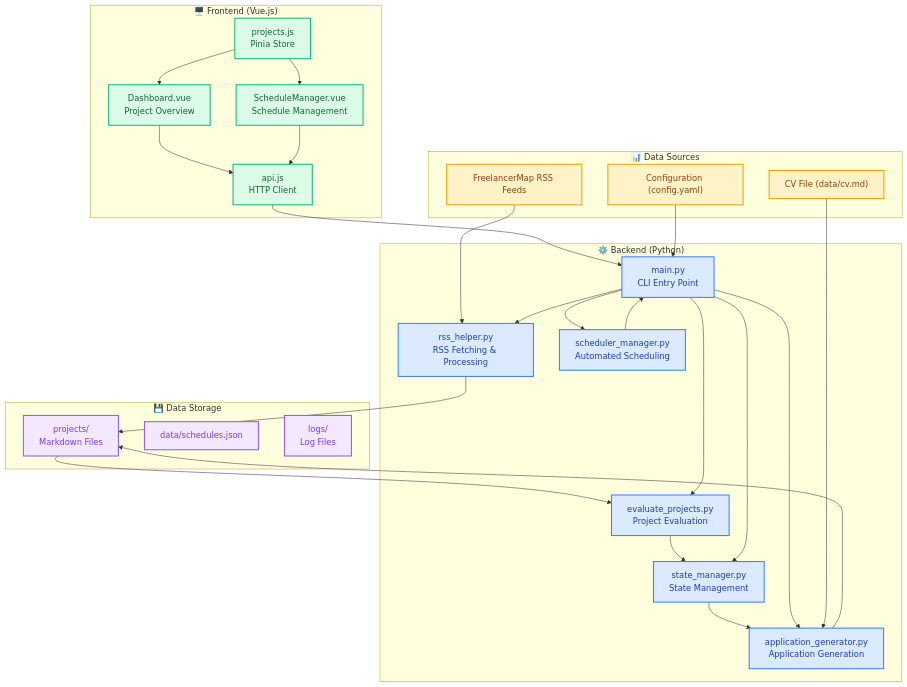
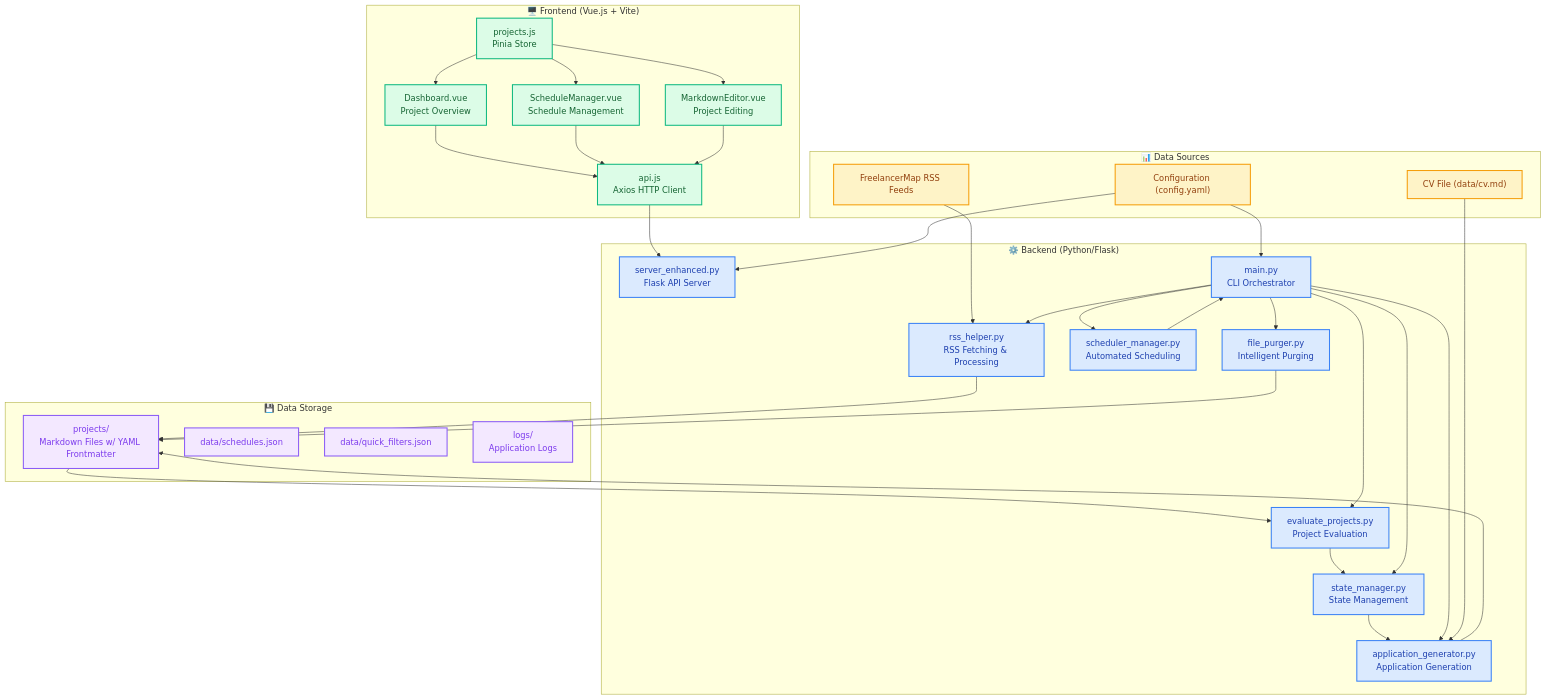
The first of 6 diagrams in architecture.md (andreaswittmann/project-bot), drawn with Mermaid before and after one commit. The commit also changed other lines of this file and 1 other file, not shown here.

Commit message:
Update documentation: fix Mermaid Component Diagram parsing error, correct project structure for Vue.js frontend and Flask backend, remove undocumented export feature, enhance installation/usage instructions

````diff
--- a/architecture.md
+++ b/architecture.md
@@ -5,65 +5,74 @@
 ```mermaid
 graph TB
     %% Define styles
     classDef dataSource fill:#fef3c7,stroke:#f59e0b,stroke-width:2px,color:#92400e
     classDef backend fill:#dbeafe,stroke:#3b82f6,stroke-width:2px,color:#1e40af
     classDef frontend fill:#dcfce7,stroke:#10b981,stroke-width:2px,color:#166534
     classDef storage fill:#f3e8ff,stroke:#8b5cf6,stroke-width:2px,color:#7c3aed
     classDef main fill:#fee2e2,stroke:#ef4444,stroke-width:3px,color:#dc2626
 
     subgraph "📊 Data Sources"
         RSS[FreelancerMap RSS Feeds]
         CV["CV File (data/cv.md)"]
         Config["Configuration (config.yaml)"]
     end
 
-    subgraph "⚙️ Backend (Python)"
-        Main[main.py<br/>CLI Entry Point]
+    subgraph "⚙️ Backend (Python/Flask)"
+        Server[server_enhanced.py<br/>Flask API Server]
+        Main[main.py<br/>CLI Orchestrator]
         RSSHelper[rss_helper.py<br/>RSS Fetching & Processing]
         Evaluator[evaluate_projects.py<br/>Project Evaluation]
         Generator[application_generator.py<br/>Application Generation]
         StateMgr[state_manager.py<br/>State Management]
         Scheduler[scheduler_manager.py<br/>Automated Scheduling]
+        Purger[file_purger.py<br/>Intelligent Purging]
     end
 
-    subgraph "🖥️ Frontend (Vue.js)"
+    subgraph "🖥️ Frontend (Vue.js + Vite)"
         Dashboard[Dashboard.vue<br/>Project Overview]
         ScheduleMgr[ScheduleManager.vue<br/>Schedule Management]
+        MarkdownEditor[MarkdownEditor.vue<br/>Project Editing]
         Store[projects.js<br/>Pinia Store]
-        API[api.js<br/>HTTP Client]
+        API[api.js<br/>Axios HTTP Client]
     end
 
     subgraph "💾 Data Storage"
-        Projects[projects/<br/>Markdown Files]
+        Projects[projects/<br/>Markdown Files w/ YAML Frontmatter]
         Schedules[data/schedules.json]
-        Logs[logs/<br/>Log Files]
+        QuickFilters[data/quick_filters.json]
+        Logs[logs/<br/>Application Logs]
     end
 
     RSS --> RSSHelper
     RSSHelper --> Projects
     Projects --> Evaluator
     Evaluator --> StateMgr
     StateMgr --> Generator
     Generator --> Projects
     Main --> RSSHelper
     Main --> Evaluator
     Main --> Generator
     Main --> StateMgr
     Main --> Scheduler
+    Main --> Purger
 
     Dashboard --> API
     ScheduleMgr --> API
-    API --> Main
+    MarkdownEditor --> API
+    API --> Server
     Store --> Dashboard
     Store --> ScheduleMgr
+    Store --> MarkdownEditor
 
     Scheduler --> Main
+    Purger --> Projects
+    Config --> Server
     Config --> Main
     CV --> Generator
 
     %% Apply styles
     class RSS,CV,Config dataSource
-    class Main,RSSHelper,Evaluator,Generator,StateMgr,Scheduler backend
-    class Dashboard,ScheduleMgr,Store,API frontend
-    class Projects,Schedules,Logs storage
+    class Server,Main,RSSHelper,Evaluator,Generator,StateMgr,Scheduler,Purger backend
+    class Dashboard,ScheduleMgr,MarkdownEditor,Store,API frontend
+    class Projects,Schedules,QuickFilters,Logs storage
 ```
````
